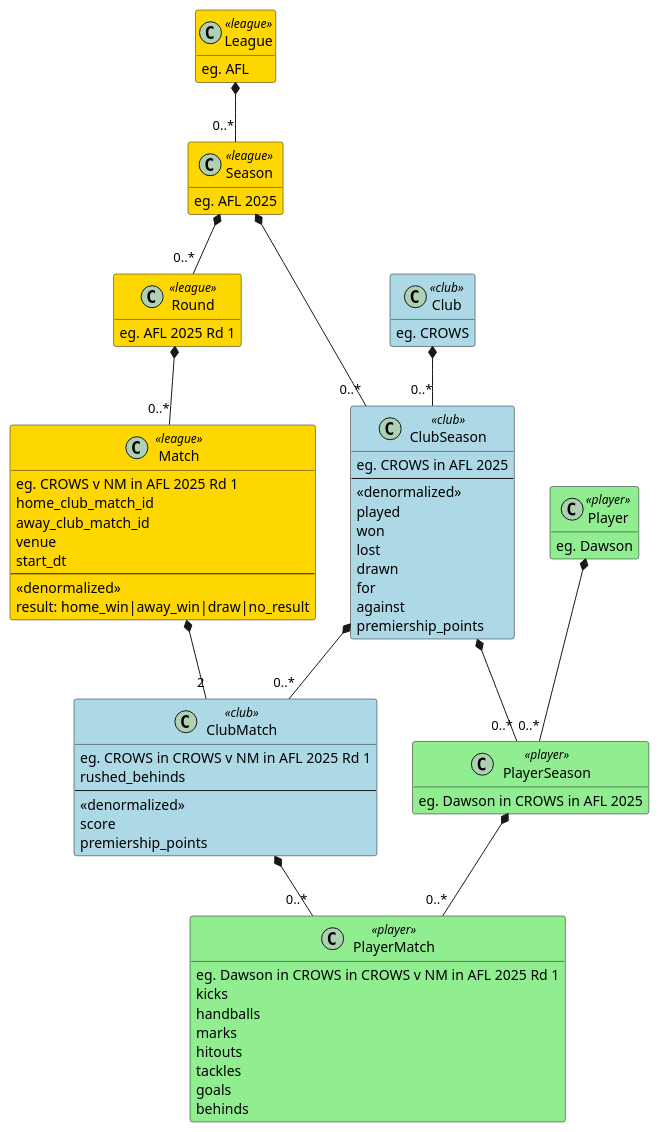
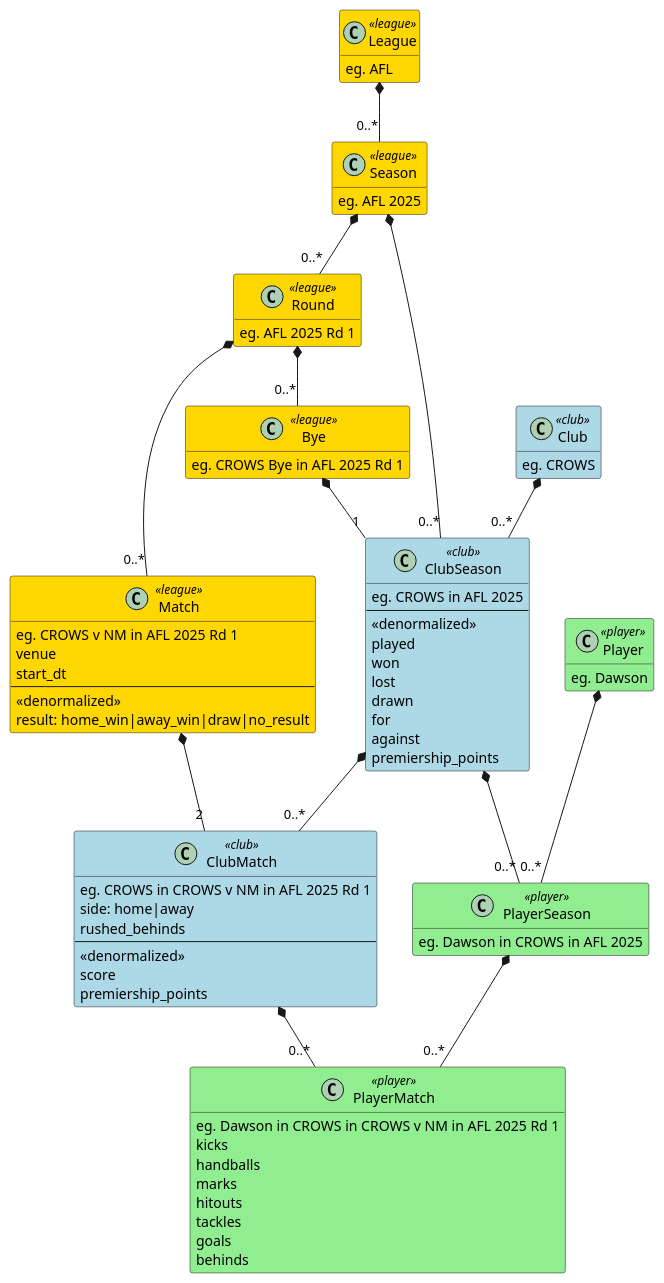
One commit to ruiboy/xffl changed the diagram in doc/erd-afl.puml. Above: the diagram before and after it, drawn with PlantUML. The commit also changed 51 other files, not shown here.

First line of the commit message:
AFL bye support

```diff
--- a/doc/erd-afl.puml
+++ b/doc/erd-afl.puml
@@ -1,87 +1,91 @@
 @startuml
 hide empty members
 
 skinparam class {
   BackgroundColor<<league>> Gold
   BackgroundColor<<club>> LightBlue
   BackgroundColor<<player>> LightGreen
 }
 
 class League <<league>> {
   eg. AFL
 }
 class Season <<league>> {
   eg. AFL 2025
 }
 class Round <<league>> {
   eg. AFL 2025 Rd 1
 }
 class Match <<league>> {
   eg. CROWS v NM in AFL 2025 Rd 1
-  home_club_match_id
-  away_club_match_id
   venue
   start_dt
   --
   <<denormalized>>
   result: home_win|away_win|draw|no_result
+}
+class Bye <<league>> {
+  eg. CROWS Bye in AFL 2025 Rd 1
 }
 
 class Club <<club>> {
   eg. CROWS
 }
 class ClubSeason <<club>> {
   eg. CROWS in AFL 2025
   --
   <<denormalized>>
   played
   won
   lost
   drawn
   for
   against
   premiership_points
 }
 class ClubMatch <<club>> {
   eg. CROWS in CROWS v NM in AFL 2025 Rd 1
+  side: home|away
   rushed_behinds
   --
   <<denormalized>>
   score
   premiership_points
 }
 
 class Player <<player>> {
   eg. Dawson
 }
 class PlayerSeason <<player>> {
   eg. Dawson in CROWS in AFL 2025
 }
 class PlayerMatch <<player>> {
   eg. Dawson in CROWS in CROWS v NM in AFL 2025 Rd 1
   kicks
   handballs
   marks
   hitouts
   tackles
   goals
   behinds
 }
 
 League *-- "0..*" Season
 Season *-- "0..*" Round
 Round *-- "0..*" Match
+Round *-- "0..*" Bye
 
 Club *-- "0..*" ClubSeason
 Season *-- "0..*" ClubSeason
+Bye *-- "1" ClubSeason
 
 Match *-- "2" ClubMatch
 ClubSeason *-- "0..*" ClubMatch
 
 Player *-- "0..*" PlayerSeason
 ClubSeason *-- "0..*" PlayerSeason
 
 ClubMatch *-- "0..*" PlayerMatch
 PlayerSeason *-- "0..*" PlayerMatch
 
 @enduml
```
